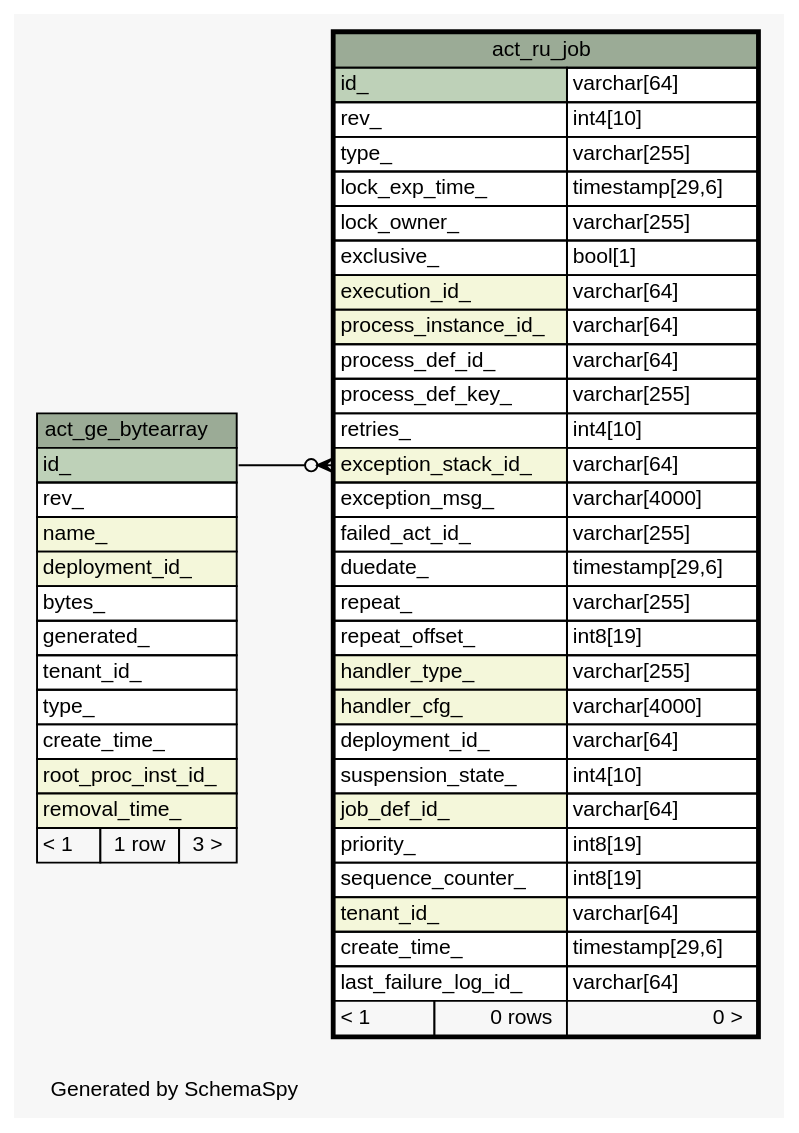
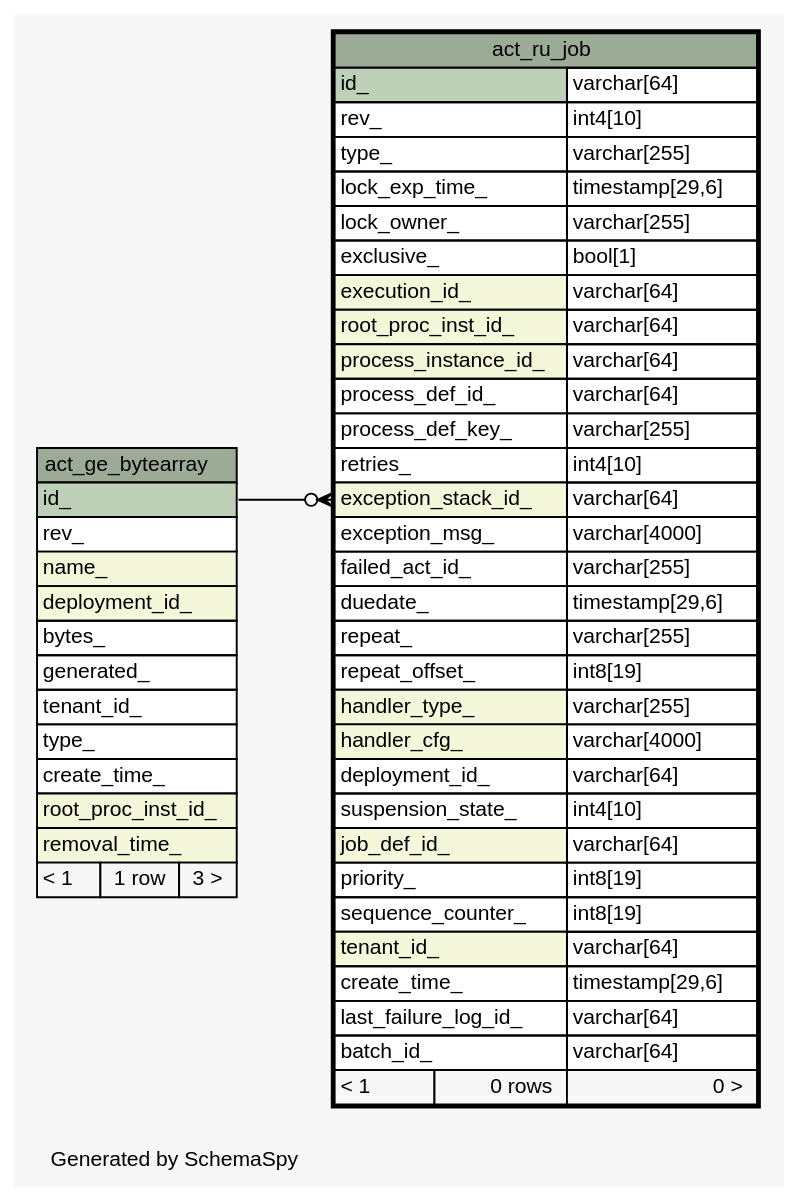
One commit to openwms/org.openwms.tms.routing.lib changed the diagram in 2.0.0-SNAPSHOT/schemaspy/diagrams/act_ru_job.1degree.dot. Above: the diagram before and after it, drawn with Graphviz. The commit also changed 614 other files, not shown here.

```diff
--- a/2.0.0-SNAPSHOT/schemaspy/diagrams/act_ru_job.1degree.dot
+++ b/2.0.0-SNAPSHOT/schemaspy/diagrams/act_ru_job.1degree.dot
@@ -1,79 +1,81 @@
 // dot 2.43.0 on Linux 6.5.0-1025-azure
 // SchemaSpy rev Unknown
 digraph "oneDegreeRelationshipsDiagram" {
   graph [
     rankdir="RL"
     bgcolor="#f7f7f7"
     label="\nGenerated by SchemaSpy"
     labeljust="l"
     nodesep="0.18"
     ranksep="0.46"
     fontname="Helvetica"
     fontsize="11"
   ];
   node [
     fontname="Helvetica"
     fontsize="11"
     shape="plaintext"
   ];
   edge [
     arrowsize="0.8"
   ];
   "act_ru_job":"exception_stack_id_":w -> "act_ge_bytearray":"id_":e [arrowhead=none dir=back arrowtail=crowodot];
   "act_ge_bytearray" [
     label=<
     <TABLE BORDER="0" CELLBORDER="1" CELLSPACING="0" BGCOLOR="#ffffff">
       <TR><TD COLSPAN="3" BGCOLOR="#9bab96" ALIGN="CENTER">act_ge_bytearray</TD></TR>
       <TR><TD PORT="id_" COLSPAN="3" BGCOLOR="#bed1b8" ALIGN="LEFT">id_</TD></TR>
       <TR><TD PORT="rev_" COLSPAN="3" ALIGN="LEFT">rev_</TD></TR>
       <TR><TD PORT="name_" COLSPAN="3" BGCOLOR="#f4f7da" ALIGN="LEFT">name_</TD></TR>
       <TR><TD PORT="deployment_id_" COLSPAN="3" BGCOLOR="#f4f7da" ALIGN="LEFT">deployment_id_</TD></TR>
       <TR><TD PORT="bytes_" COLSPAN="3" ALIGN="LEFT">bytes_</TD></TR>
       <TR><TD PORT="generated_" COLSPAN="3" ALIGN="LEFT">generated_</TD></TR>
       <TR><TD PORT="tenant_id_" COLSPAN="3" ALIGN="LEFT">tenant_id_</TD></TR>
       <TR><TD PORT="type_" COLSPAN="3" ALIGN="LEFT">type_</TD></TR>
       <TR><TD PORT="create_time_" COLSPAN="3" ALIGN="LEFT">create_time_</TD></TR>
       <TR><TD PORT="root_proc_inst_id_" COLSPAN="3" BGCOLOR="#f4f7da" ALIGN="LEFT">root_proc_inst_id_</TD></TR>
       <TR><TD PORT="removal_time_" COLSPAN="3" BGCOLOR="#f4f7da" ALIGN="LEFT">removal_time_</TD></TR>
       <TR><TD ALIGN="LEFT" BGCOLOR="#f7f7f7">&lt; 1</TD><TD ALIGN="RIGHT" BGCOLOR="#f7f7f7">1 row</TD><TD ALIGN="RIGHT" BGCOLOR="#f7f7f7">3 &gt;</TD></TR>
     </TABLE>>
     URL="act_ge_bytearray.html"
     tooltip="act_ge_bytearray"
   ];
   "act_ru_job" [
     label=<
     <TABLE BORDER="2" CELLBORDER="1" CELLSPACING="0" BGCOLOR="#ffffff">
       <TR><TD COLSPAN="3" BGCOLOR="#9bab96" ALIGN="CENTER">act_ru_job</TD></TR>
       <TR><TD PORT="id_" COLSPAN="2" BGCOLOR="#bed1b8" ALIGN="LEFT">id_</TD><TD PORT="id_.type" ALIGN="LEFT">varchar[64]</TD></TR>
       <TR><TD PORT="rev_" COLSPAN="2" ALIGN="LEFT">rev_</TD><TD PORT="rev_.type" ALIGN="LEFT">int4[10]</TD></TR>
       <TR><TD PORT="type_" COLSPAN="2" ALIGN="LEFT">type_</TD><TD PORT="type_.type" ALIGN="LEFT">varchar[255]</TD></TR>
       <TR><TD PORT="lock_exp_time_" COLSPAN="2" ALIGN="LEFT">lock_exp_time_</TD><TD PORT="lock_exp_time_.type" ALIGN="LEFT">timestamp[29,6]</TD></TR>
       <TR><TD PORT="lock_owner_" COLSPAN="2" ALIGN="LEFT">lock_owner_</TD><TD PORT="lock_owner_.type" ALIGN="LEFT">varchar[255]</TD></TR>
       <TR><TD PORT="exclusive_" COLSPAN="2" ALIGN="LEFT">exclusive_</TD><TD PORT="exclusive_.type" ALIGN="LEFT">bool[1]</TD></TR>
       <TR><TD PORT="execution_id_" COLSPAN="2" BGCOLOR="#f4f7da" ALIGN="LEFT">execution_id_</TD><TD PORT="execution_id_.type" ALIGN="LEFT">varchar[64]</TD></TR>
+      <TR><TD PORT="root_proc_inst_id_" COLSPAN="2" BGCOLOR="#f4f7da" ALIGN="LEFT">root_proc_inst_id_</TD><TD PORT="root_proc_inst_id_.type" ALIGN="LEFT">varchar[64]</TD></TR>
       <TR><TD PORT="process_instance_id_" COLSPAN="2" BGCOLOR="#f4f7da" ALIGN="LEFT">process_instance_id_</TD><TD PORT="process_instance_id_.type" ALIGN="LEFT">varchar[64]</TD></TR>
       <TR><TD PORT="process_def_id_" COLSPAN="2" ALIGN="LEFT">process_def_id_</TD><TD PORT="process_def_id_.type" ALIGN="LEFT">varchar[64]</TD></TR>
       <TR><TD PORT="process_def_key_" COLSPAN="2" ALIGN="LEFT">process_def_key_</TD><TD PORT="process_def_key_.type" ALIGN="LEFT">varchar[255]</TD></TR>
       <TR><TD PORT="retries_" COLSPAN="2" ALIGN="LEFT">retries_</TD><TD PORT="retries_.type" ALIGN="LEFT">int4[10]</TD></TR>
       <TR><TD PORT="exception_stack_id_" COLSPAN="2" BGCOLOR="#f4f7da" ALIGN="LEFT">exception_stack_id_</TD><TD PORT="exception_stack_id_.type" ALIGN="LEFT">varchar[64]</TD></TR>
       <TR><TD PORT="exception_msg_" COLSPAN="2" ALIGN="LEFT">exception_msg_</TD><TD PORT="exception_msg_.type" ALIGN="LEFT">varchar[4000]</TD></TR>
       <TR><TD PORT="failed_act_id_" COLSPAN="2" ALIGN="LEFT">failed_act_id_</TD><TD PORT="failed_act_id_.type" ALIGN="LEFT">varchar[255]</TD></TR>
       <TR><TD PORT="duedate_" COLSPAN="2" ALIGN="LEFT">duedate_</TD><TD PORT="duedate_.type" ALIGN="LEFT">timestamp[29,6]</TD></TR>
       <TR><TD PORT="repeat_" COLSPAN="2" ALIGN="LEFT">repeat_</TD><TD PORT="repeat_.type" ALIGN="LEFT">varchar[255]</TD></TR>
       <TR><TD PORT="repeat_offset_" COLSPAN="2" ALIGN="LEFT">repeat_offset_</TD><TD PORT="repeat_offset_.type" ALIGN="LEFT">int8[19]</TD></TR>
       <TR><TD PORT="handler_type_" COLSPAN="2" BGCOLOR="#f4f7da" ALIGN="LEFT">handler_type_</TD><TD PORT="handler_type_.type" ALIGN="LEFT">varchar[255]</TD></TR>
       <TR><TD PORT="handler_cfg_" COLSPAN="2" BGCOLOR="#f4f7da" ALIGN="LEFT">handler_cfg_</TD><TD PORT="handler_cfg_.type" ALIGN="LEFT">varchar[4000]</TD></TR>
       <TR><TD PORT="deployment_id_" COLSPAN="2" ALIGN="LEFT">deployment_id_</TD><TD PORT="deployment_id_.type" ALIGN="LEFT">varchar[64]</TD></TR>
       <TR><TD PORT="suspension_state_" COLSPAN="2" ALIGN="LEFT">suspension_state_</TD><TD PORT="suspension_state_.type" ALIGN="LEFT">int4[10]</TD></TR>
       <TR><TD PORT="job_def_id_" COLSPAN="2" BGCOLOR="#f4f7da" ALIGN="LEFT">job_def_id_</TD><TD PORT="job_def_id_.type" ALIGN="LEFT">varchar[64]</TD></TR>
       <TR><TD PORT="priority_" COLSPAN="2" ALIGN="LEFT">priority_</TD><TD PORT="priority_.type" ALIGN="LEFT">int8[19]</TD></TR>
       <TR><TD PORT="sequence_counter_" COLSPAN="2" ALIGN="LEFT">sequence_counter_</TD><TD PORT="sequence_counter_.type" ALIGN="LEFT">int8[19]</TD></TR>
       <TR><TD PORT="tenant_id_" COLSPAN="2" BGCOLOR="#f4f7da" ALIGN="LEFT">tenant_id_</TD><TD PORT="tenant_id_.type" ALIGN="LEFT">varchar[64]</TD></TR>
       <TR><TD PORT="create_time_" COLSPAN="2" ALIGN="LEFT">create_time_</TD><TD PORT="create_time_.type" ALIGN="LEFT">timestamp[29,6]</TD></TR>
       <TR><TD PORT="last_failure_log_id_" COLSPAN="2" ALIGN="LEFT">last_failure_log_id_</TD><TD PORT="last_failure_log_id_.type" ALIGN="LEFT">varchar[64]</TD></TR>
+      <TR><TD PORT="batch_id_" COLSPAN="2" ALIGN="LEFT">batch_id_</TD><TD PORT="batch_id_.type" ALIGN="LEFT">varchar[64]</TD></TR>
       <TR><TD ALIGN="LEFT" BGCOLOR="#f7f7f7">&lt; 1</TD><TD ALIGN="RIGHT" BGCOLOR="#f7f7f7">0 rows</TD><TD ALIGN="RIGHT" BGCOLOR="#f7f7f7">0 &gt;</TD></TR>
     </TABLE>>
     URL="act_ru_job.html"
     tooltip="act_ru_job"
   ];
 }
```
